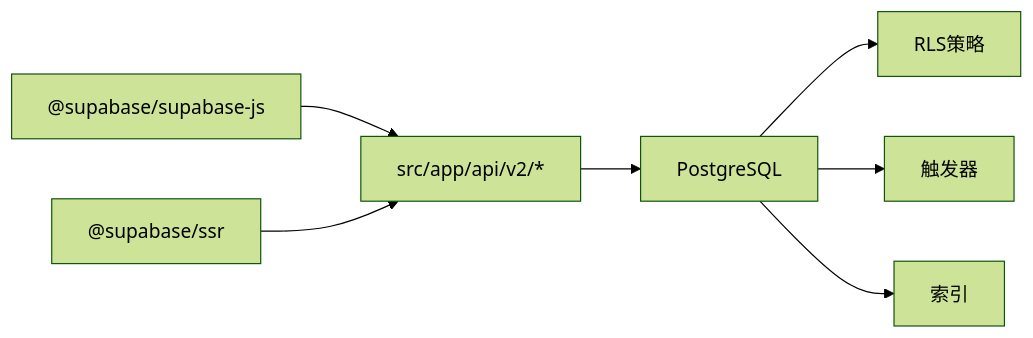
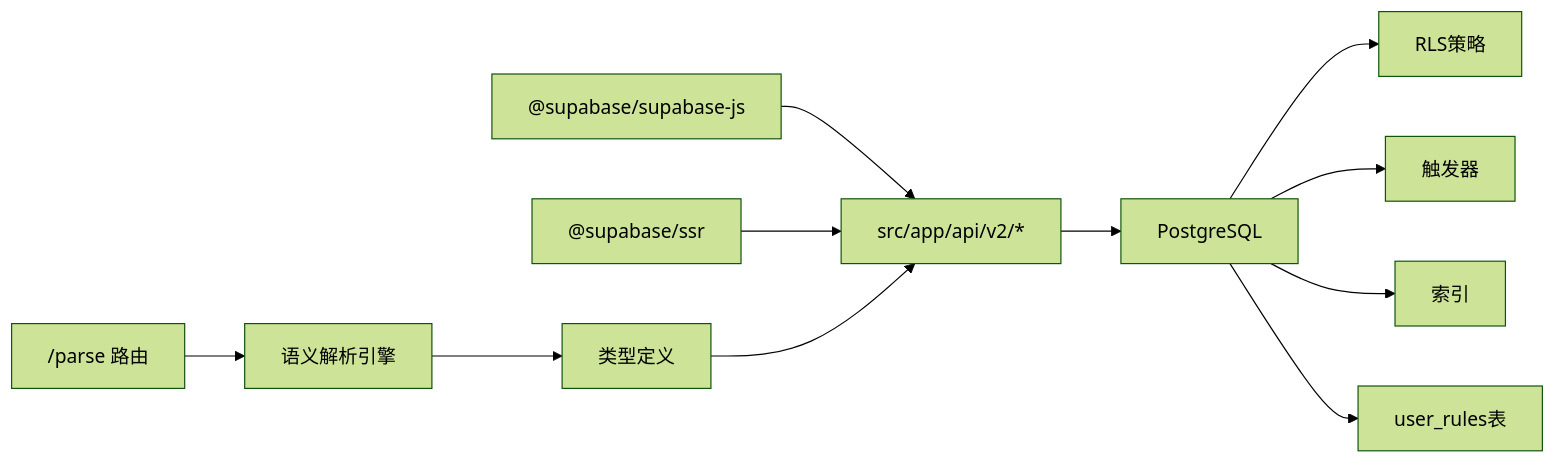
One commit to bbong1234/TETO changed the seventh of 7 diagrams in .qoder/repowiki/zh/content/系统架构/数据库架构.md. Above: the diagram before and after it, drawn with Mermaid (forest theme). The commit also changed other lines of this file and 10 other files, not shown here.

````diff
--- a/.qoder/repowiki/zh/content/系统架构/数据库架构.md
+++ b/.qoder/repowiki/zh/content/系统架构/数据库架构.md
@@ -398,9 +577,13 @@
 ```mermaid
 graph LR
 SUPAJSC["@supabase/supabase-js"] --> API["src/app/api/v2/*"]
 SUPASSR["@supabase/ssr"] --> API
+PARSE["/parse 路由"] --> SEMANTIC["语义解析引擎"]
+SEMANTIC --> TYPES["类型定义"]
+TYPES --> API
 API --> DB["PostgreSQL"]
 DB --> RLS["RLS策略"]
 DB --> TRIG["触发器"]
 DB --> IDX["索引"]
+DB --> USER_RULES["user_rules表"]
 ```
````
